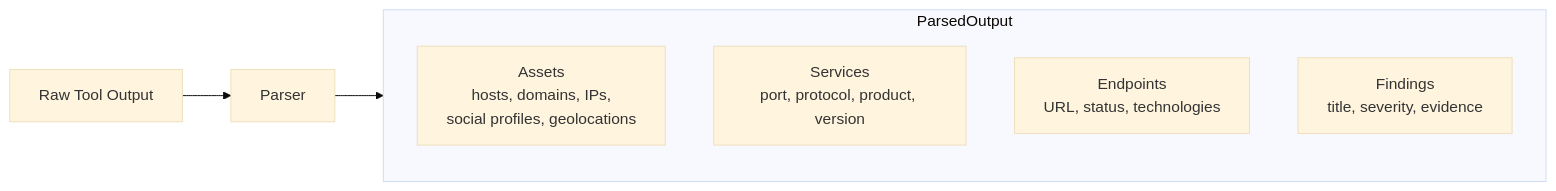
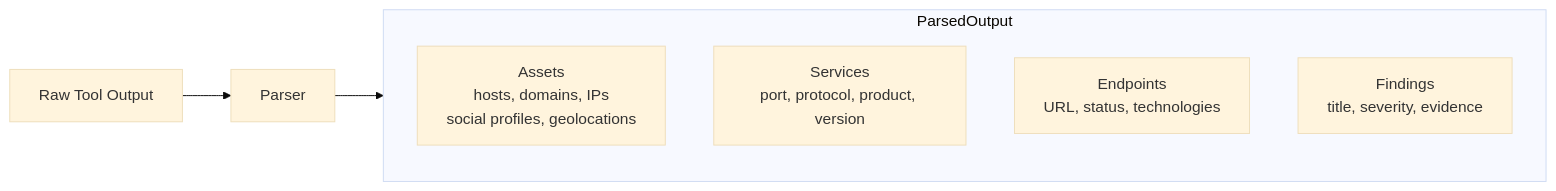
The third of 7 diagrams in docs/ARCHITECTURE.md (Zaeem20/ShikariMCP), drawn with Mermaid (base theme) before and after one commit. The commit also changed other lines of this file and 4 other files, not shown here.

First line of the commit message:
fix(docs): quote mermaid labels for GitHub rendering, use image in README

````diff
--- a/docs/ARCHITECTURE.md
+++ b/docs/ARCHITECTURE.md
@@ -162,12 +162,12 @@
 ```mermaid
 flowchart LR
-    RAW[Raw Tool Output] --> P[Parser]
-    P --> PO[ParsedOutput]
+    RAW["Raw Tool Output"] --> P["Parser"]
+    P --> PO["ParsedOutput"]
 
     subgraph PO["ParsedOutput"]
-        A[Assets<br/>hosts, domains, IPs,<br/>social profiles, geolocations]
-        S[Services<br/>port, protocol, product, version]
-        E[Endpoints<br/>URL, status, technologies]
-        F[Findings<br/>title, severity, evidence]
+        A["Assets<br/>hosts, domains, IPs<br/>social profiles, geolocations"]
+        S["Services<br/>port, protocol, product, version"]
+        E["Endpoints<br/>URL, status, technologies"]
+        F["Findings<br/>title, severity, evidence"]
     end
 ```
````
